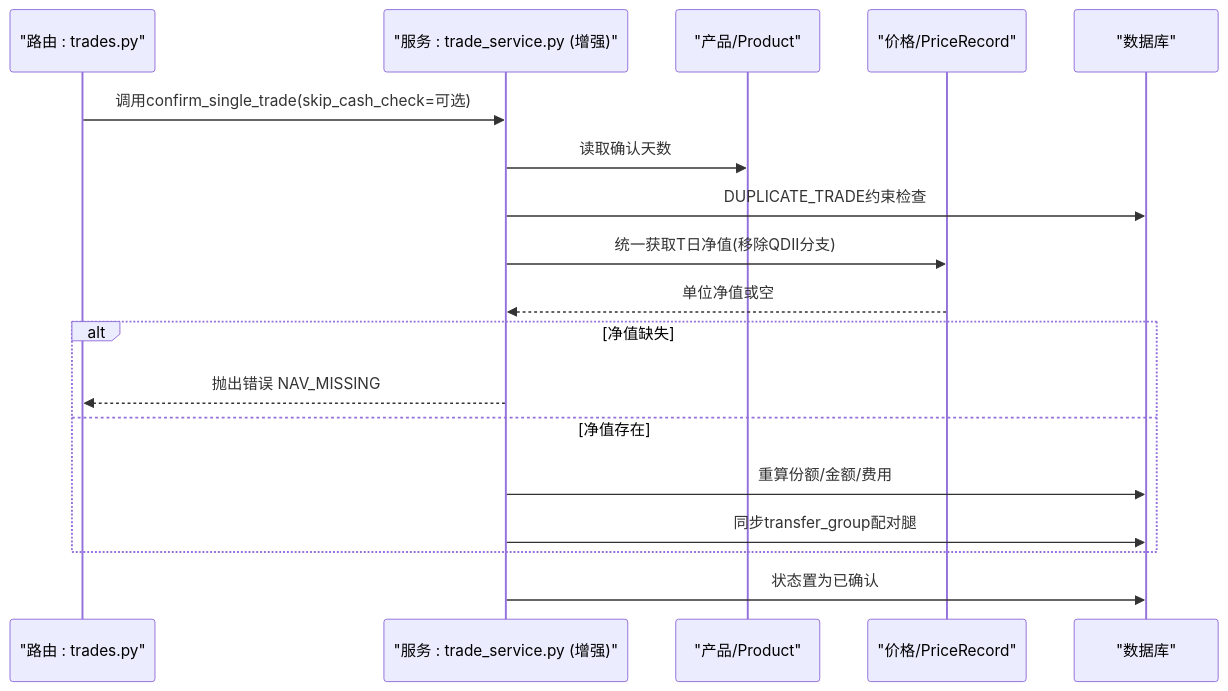
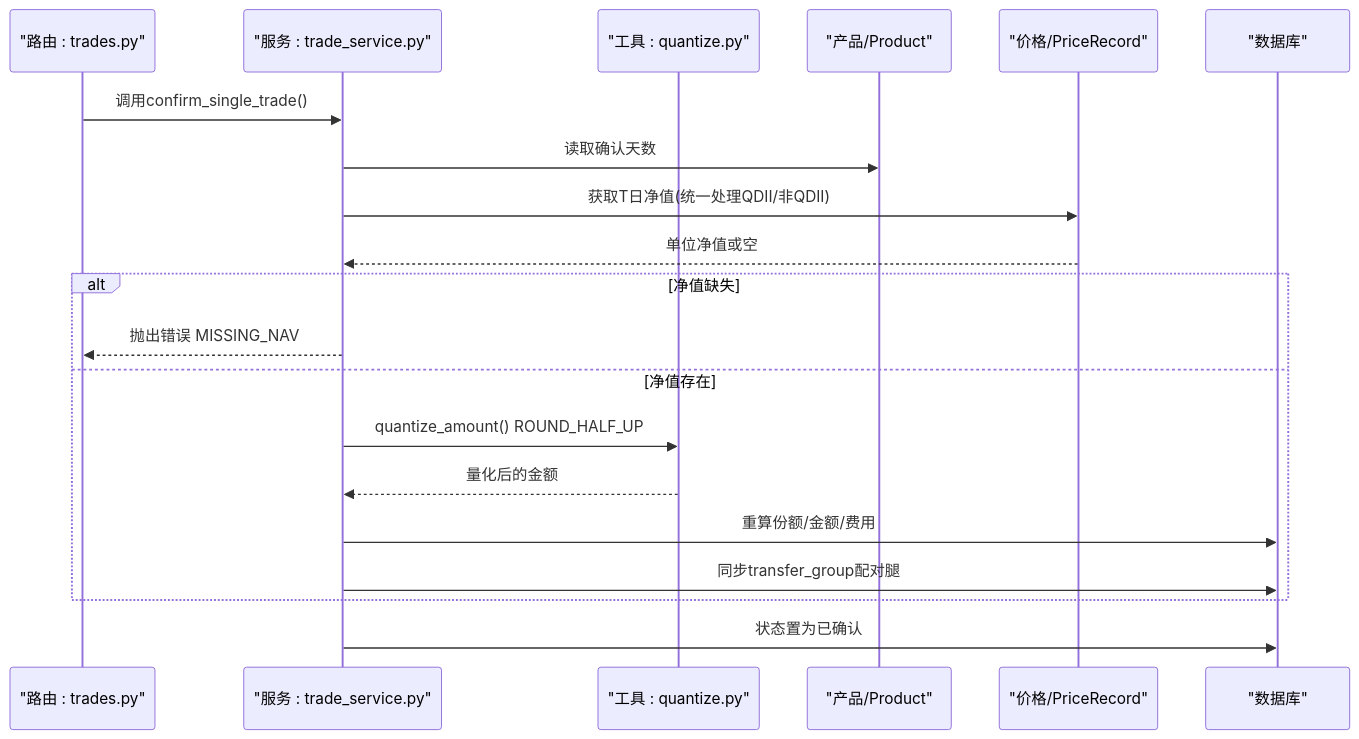
Before and after one commit to gujialind/InvestRing: diagram 11 of 15 in .qoder/repowiki/zh/content/核心业务功能/交易处理.md, drawn with Mermaid. The commit also changed other lines of this file and 65 other files, not shown here.

````diff
--- a/.qoder/repowiki/zh/content/核心业务功能/交易处理.md
+++ b/.qoder/repowiki/zh/content/核心业务功能/交易处理.md
@@ -548,20 +508,22 @@
 ```mermaid
 sequenceDiagram
 participant R as "路由 : trades.py"
-participant ST as "服务 : trade_service.py (增强)"
+participant ST as "服务 : trade_service.py"
+participant Q as "工具 : quantize.py"
 participant P as "产品/Product"
 participant PR as "价格/PriceRecord"
 participant DB as "数据库"
-R->>ST : 调用confirm_single_trade(skip_cash_check=可选)
+R->>ST : 调用confirm_single_trade()
 ST->>P : 读取确认天数
-ST->>DB : DUPLICATE_TRADE约束检查
-ST->>PR : 统一获取T日净值(移除QDII分支)
+ST->>PR : 获取T日净值(统一处理QDII/非QDII)
 PR-->>ST : 单位净值或空
 alt 净值缺失
-ST-->>R : 抛出错误 NAV_MISSING
+ST-->>R : 抛出错误 MISSING_NAV
 else 净值存在
+ST->>Q : quantize_amount() ROUND_HALF_UP
+Q-->>ST : 量化后的金额
 ST->>DB : 重算份额/金额/费用
 ST->>DB : 同步transfer_group配对腿
 end
 ST->>DB : 状态置为已确认
 ```
````
